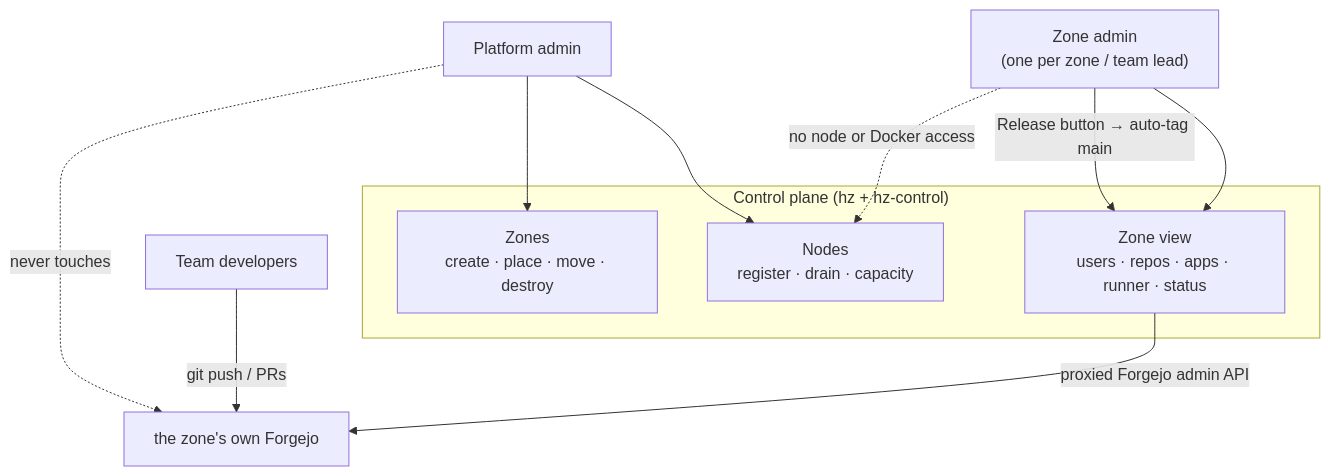
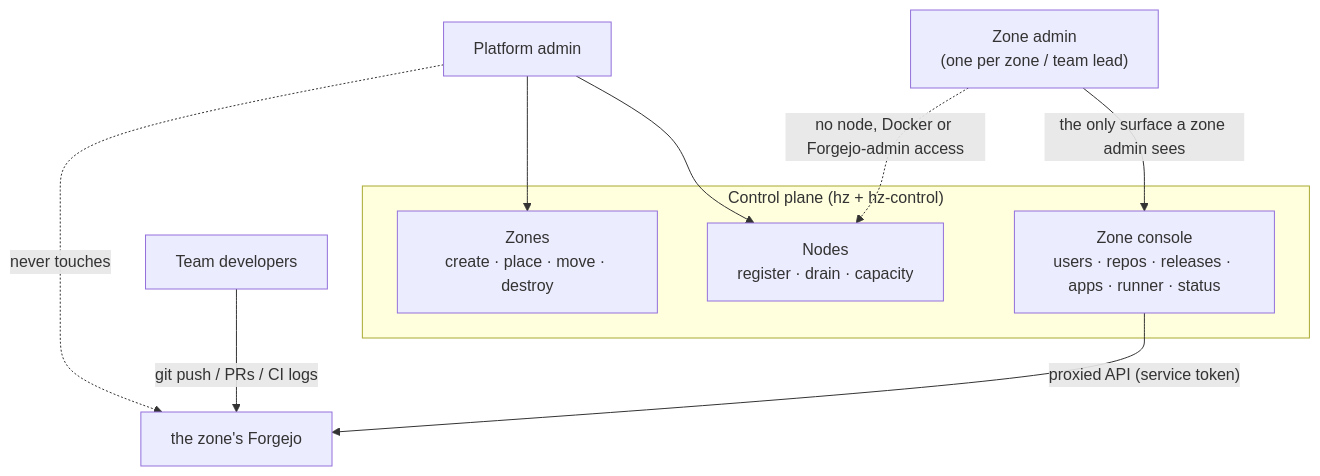
One commit to johnjoeallen/ignition changed the diagram in docs/roles.md. Above: the diagram before and after it, drawn with Mermaid. The commit also changed other lines of this file and 5 other files, not shown here.

First line of the commit message:
Zone console is the only zone-admin surface; releases fully automated

````diff
--- a/docs/roles.md
+++ b/docs/roles.md
@@ -5,22 +5,21 @@
 ```mermaid
 flowchart TB
     pa["Platform admin"]
     za["Zone admin<br/>(one per zone / team lead)"]
     dev["Team developers"]
 
     subgraph cp["Control plane (hz + hz-control)"]
         nodes["Nodes<br/>register · drain · capacity"]
         zones["Zones<br/>create · place · move · destroy"]
-        zoneview["Zone view<br/>users · repos · apps · runner · status"]
+        zoneconsole["Zone console<br/>users · repos · releases · apps · runner · status"]
     end
 
     pa --> nodes
     pa --> zones
-    za --> zoneview
-    zoneview -->|"proxied Forgejo admin API"| forgejo["the zone's own Forgejo"]
-    za -->|"Release button → auto-tag main"| zoneview
-    dev -->|git push / PRs| forgejo
+    za -->|"the only surface a zone admin sees"| zoneconsole
+    zoneconsole -->|"proxied API (service token)"| forgejo["the zone's Forgejo"]
+    dev -->|"git push / PRs / CI logs"| forgejo
 
     pa -. "never touches" .-> forgejo
-    za -. "no node or Docker access" .-> nodes
+    za -. "no node, Docker or Forgejo-admin access" .-> nodes
 ```
````
